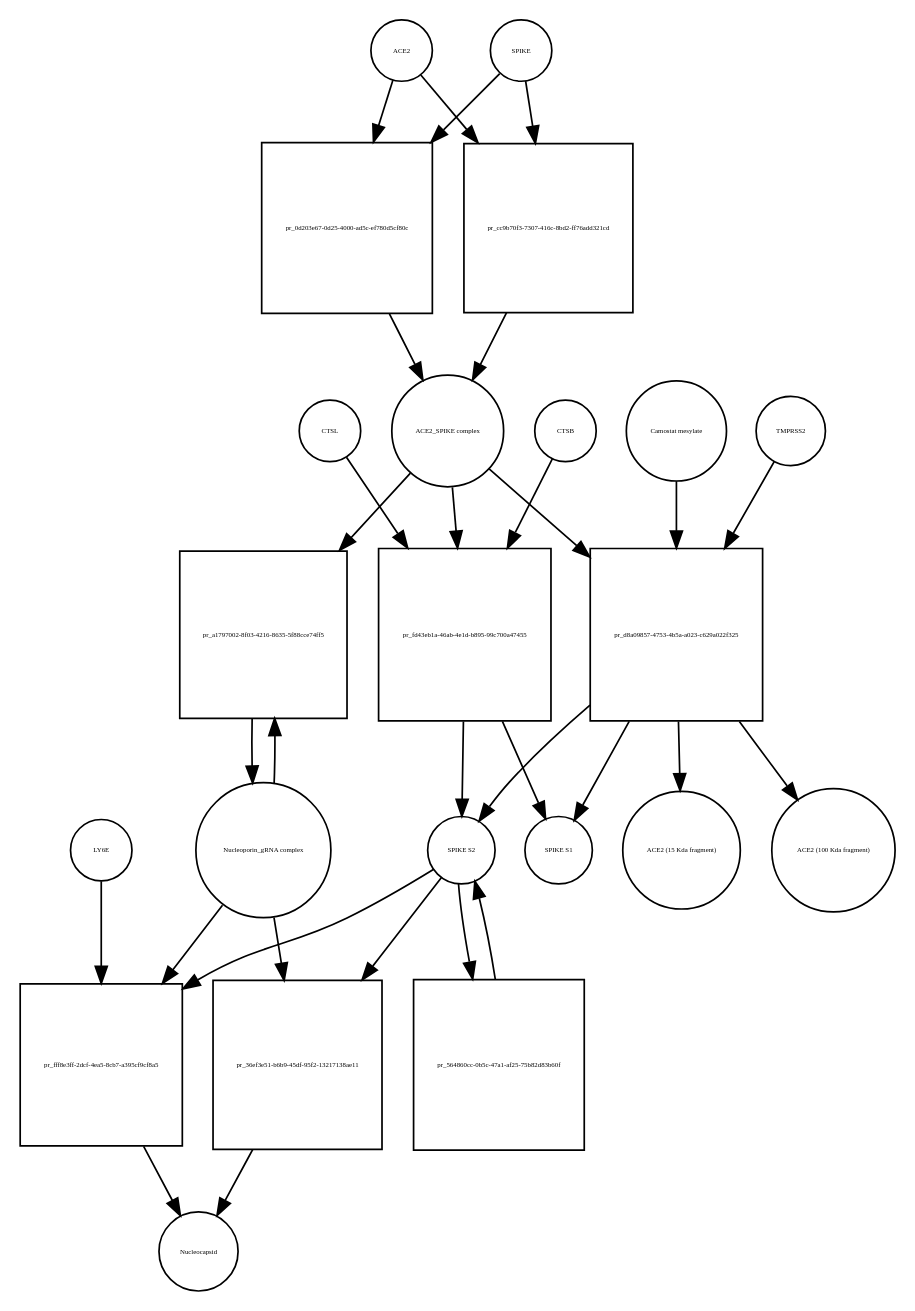
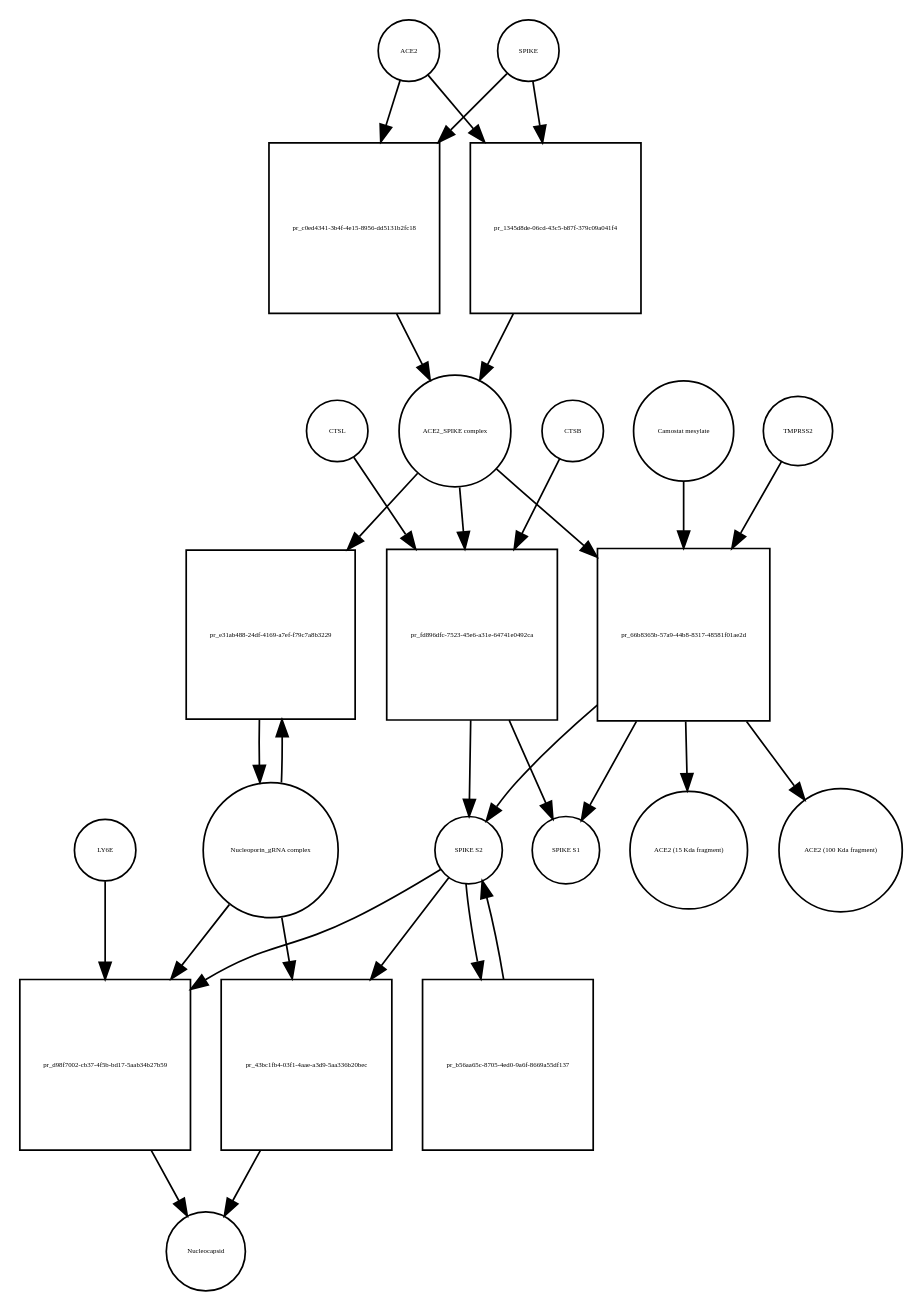
The diagram in Virus_replication_cycle_V02.xml_bipartite.dot (cannin/covid19-sbgn), drawn with Graphviz before and after one commit. The commit also changed 564 other files, not shown here.

```diff
--- a/Virus_replication_cycle_V02.xml_bipartite.dot
+++ b/Virus_replication_cycle_V02.xml_bipartite.dot
@@ -1,54 +1,54 @@
 strict digraph  {
 ACE2 [annotation="", bipartite=0, cls=macromolecule, fontsize=4, label=ACE2, shape=circle];
-"pr_0d203e67-0d25-4000-ad5c-ef780d5cf80c" [annotation="", bipartite=1, cls=process, fontsize=4, label="pr_0d203e67-0d25-4000-ad5c-ef780d5cf80c", shape=square];
+"pr_c0ed4341-3b4f-4e15-8956-dd5131b2fc18" [annotation="", bipartite=1, cls=process, fontsize=4, label="pr_c0ed4341-3b4f-4e15-8956-dd5131b2fc18", shape=square];
 "ACE2_SPIKE complex" [annotation="", bipartite=0, cls=complex, fontsize=4, label="ACE2_SPIKE complex", shape=circle];
 SPIKE [annotation="", bipartite=0, cls="macromolecule multimer", fontsize=4, label=SPIKE, shape=circle];
 "Nucleoporin_gRNA complex " [annotation="", bipartite=0, cls=complex, fontsize=4, label="Nucleoporin_gRNA complex ", shape=circle];
-"pr_a1797002-8f03-4216-8635-5f88cce74ff5" [annotation="", bipartite=1, cls=process, fontsize=4, label="pr_a1797002-8f03-4216-8635-5f88cce74ff5", shape=square];
-"pr_fd43eb1a-46ab-4e1d-b895-99c700a47455" [annotation="", bipartite=1, cls=process, fontsize=4, label="pr_fd43eb1a-46ab-4e1d-b895-99c700a47455", shape=square];
+"pr_e31ab488-24df-4169-a7ef-f79c7a8b3229" [annotation="", bipartite=1, cls=process, fontsize=4, label="pr_e31ab488-24df-4169-a7ef-f79c7a8b3229", shape=square];
+"pr_fd896dfc-7523-45e6-a31e-64741e0492ca" [annotation="", bipartite=1, cls=process, fontsize=4, label="pr_fd896dfc-7523-45e6-a31e-64741e0492ca", shape=square];
 "SPIKE S2" [annotation="", bipartite=0, cls=macromolecule, fontsize=4, label="SPIKE S2", shape=circle];
 CTSB [annotation="", bipartite=0, cls=macromolecule, fontsize=4, label=CTSB, shape=circle];
 CTSL [annotation="", bipartite=0, cls=macromolecule, fontsize=4, label=CTSL, shape=circle];
 "SPIKE S1" [annotation="", bipartite=0, cls=macromolecule, fontsize=4, label="SPIKE S1", shape=circle];
-"pr_d8a09857-4753-4b5a-a023-c629a022f325" [annotation="", bipartite=1, cls=process, fontsize=4, label="pr_d8a09857-4753-4b5a-a023-c629a022f325", shape=square];
+"pr_66b8365b-57a9-44b8-8317-48581f01ae2d" [annotation="", bipartite=1, cls=process, fontsize=4, label="pr_66b8365b-57a9-44b8-8317-48581f01ae2d", shape=square];
 TMPRSS2 [annotation="", bipartite=0, cls=macromolecule, fontsize=4, label=TMPRSS2, shape=circle];
 "Camostat mesylate" [annotation="urn_miriam_pubchem.compound_2536", bipartite=0, cls="simple chemical", fontsize=4, label="Camostat mesylate", shape=circle];
 "ACE2 (15 Kda fragment)" [annotation="", bipartite=0, cls=macromolecule, fontsize=4, label="ACE2 (15 Kda fragment)", shape=circle];
 "ACE2 (100 Kda fragment)" [annotation="", bipartite=0, cls=macromolecule, fontsize=4, label="ACE2 (100 Kda fragment)", shape=circle];
-"pr_cc9b70f3-7307-416c-8bd2-ff76add321cd" [annotation="", bipartite=1, cls=process, fontsize=4, label="pr_cc9b70f3-7307-416c-8bd2-ff76add321cd", shape=square];
-"pr_fff8e3ff-2dcf-4ea5-8cb7-a395cf9cf8a5" [annotation="", bipartite=1, cls=process, fontsize=4, label="pr_fff8e3ff-2dcf-4ea5-8cb7-a395cf9cf8a5", shape=square];
+"pr_1345d8de-06cd-43c5-b87f-379c09a041f4" [annotation="", bipartite=1, cls=process, fontsize=4, label="pr_1345d8de-06cd-43c5-b87f-379c09a041f4", shape=square];
+"pr_d98f7002-cb37-4f5b-bd17-5aab34b27b59" [annotation="", bipartite=1, cls=process, fontsize=4, label="pr_d98f7002-cb37-4f5b-bd17-5aab34b27b59", shape=square];
 Nucleocapsid [annotation="", bipartite=0, cls=complex, fontsize=4, label=Nucleocapsid, shape=circle];
 LY6E [annotation="", bipartite=0, cls=macromolecule, fontsize=4, label=LY6E, shape=circle];
-"pr_564860cc-0b5c-47a1-af25-75b82d83b60f" [annotation="", bipartite=1, cls=process, fontsize=4, label="pr_564860cc-0b5c-47a1-af25-75b82d83b60f", shape=square];
-"pr_36ef3e51-b6b9-45df-95f2-13217138ae11" [annotation="", bipartite=1, cls=process, fontsize=4, label="pr_36ef3e51-b6b9-45df-95f2-13217138ae11", shape=square];
-ACE2 -> "pr_0d203e67-0d25-4000-ad5c-ef780d5cf80c"  [annotation="", interaction_type=consumption];
-ACE2 -> "pr_cc9b70f3-7307-416c-8bd2-ff76add321cd"  [annotation="", interaction_type=consumption];
-"pr_0d203e67-0d25-4000-ad5c-ef780d5cf80c" -> "ACE2_SPIKE complex"  [annotation="", interaction_type=production];
-"ACE2_SPIKE complex" -> "pr_a1797002-8f03-4216-8635-5f88cce74ff5"  [annotation="urn_miriam_pubmed_32142651|urn_miriam_pubmed_32094589", interaction_type=stimulation];
-"ACE2_SPIKE complex" -> "pr_fd43eb1a-46ab-4e1d-b895-99c700a47455"  [annotation="", interaction_type=consumption];
-"ACE2_SPIKE complex" -> "pr_d8a09857-4753-4b5a-a023-c629a022f325"  [annotation="", interaction_type=consumption];
-SPIKE -> "pr_0d203e67-0d25-4000-ad5c-ef780d5cf80c"  [annotation="", interaction_type=consumption];
-SPIKE -> "pr_cc9b70f3-7307-416c-8bd2-ff76add321cd"  [annotation="", interaction_type=consumption];
-"Nucleoporin_gRNA complex " -> "pr_a1797002-8f03-4216-8635-5f88cce74ff5"  [annotation="", interaction_type=consumption];
-"Nucleoporin_gRNA complex " -> "pr_fff8e3ff-2dcf-4ea5-8cb7-a395cf9cf8a5"  [annotation="", interaction_type=consumption];
-"Nucleoporin_gRNA complex " -> "pr_36ef3e51-b6b9-45df-95f2-13217138ae11"  [annotation="", interaction_type=consumption];
-"pr_a1797002-8f03-4216-8635-5f88cce74ff5" -> "Nucleoporin_gRNA complex "  [annotation="", interaction_type=production];
-"pr_fd43eb1a-46ab-4e1d-b895-99c700a47455" -> "SPIKE S2"  [annotation="", interaction_type=production];
-"pr_fd43eb1a-46ab-4e1d-b895-99c700a47455" -> "SPIKE S1"  [annotation="", interaction_type=production];
-"SPIKE S2" -> "pr_fff8e3ff-2dcf-4ea5-8cb7-a395cf9cf8a5"  [annotation="urn_miriam_doi_10.1101%2F2020.03.05.979260|urn_miriam_doi_10.1101%2F2020.04.02.021469", interaction_type=stimulation];
-"SPIKE S2" -> "pr_564860cc-0b5c-47a1-af25-75b82d83b60f"  [annotation="", interaction_type=consumption];
-"SPIKE S2" -> "pr_36ef3e51-b6b9-45df-95f2-13217138ae11"  [annotation="", interaction_type=stimulation];
-CTSB -> "pr_fd43eb1a-46ab-4e1d-b895-99c700a47455"  [annotation=urn_miriam_pubmed_32142651, interaction_type=catalysis];
-CTSL -> "pr_fd43eb1a-46ab-4e1d-b895-99c700a47455"  [annotation=urn_miriam_pubmed_32142651, interaction_type=catalysis];
-"pr_d8a09857-4753-4b5a-a023-c629a022f325" -> "SPIKE S2"  [annotation="", interaction_type=production];
-"pr_d8a09857-4753-4b5a-a023-c629a022f325" -> "SPIKE S1"  [annotation="", interaction_type=production];
-"pr_d8a09857-4753-4b5a-a023-c629a022f325" -> "ACE2 (15 Kda fragment)"  [annotation="", interaction_type=production];
-"pr_d8a09857-4753-4b5a-a023-c629a022f325" -> "ACE2 (100 Kda fragment)"  [annotation="", interaction_type=production];
-TMPRSS2 -> "pr_d8a09857-4753-4b5a-a023-c629a022f325"  [annotation="urn_miriam_pubmed_32142651|urn_miriam_pubmed_32094589|urn_miriam_pubmed_24227843", interaction_type=catalysis];
-"Camostat mesylate" -> "pr_d8a09857-4753-4b5a-a023-c629a022f325"  [annotation="urn_miriam_pubmed_32142651|urn_miriam_pubmed_32094589|urn_miriam_pubmed_24227843", interaction_type=inhibition];
-"pr_cc9b70f3-7307-416c-8bd2-ff76add321cd" -> "ACE2_SPIKE complex"  [annotation="", interaction_type=production];
-"pr_fff8e3ff-2dcf-4ea5-8cb7-a395cf9cf8a5" -> Nucleocapsid  [annotation="", interaction_type=production];
-LY6E -> "pr_fff8e3ff-2dcf-4ea5-8cb7-a395cf9cf8a5"  [annotation="urn_miriam_doi_10.1101%2F2020.03.05.979260|urn_miriam_doi_10.1101%2F2020.04.02.021469", interaction_type=inhibition];
-"pr_564860cc-0b5c-47a1-af25-75b82d83b60f" -> "SPIKE S2"  [annotation="", interaction_type=production];
-"pr_36ef3e51-b6b9-45df-95f2-13217138ae11" -> Nucleocapsid  [annotation="", interaction_type=production];
+"pr_b56aa65c-8705-4ed0-9a6f-8669a55df137" [annotation="", bipartite=1, cls=process, fontsize=4, label="pr_b56aa65c-8705-4ed0-9a6f-8669a55df137", shape=square];
+"pr_43bc1fb4-03f1-4aae-a3d9-5aa336b20bec" [annotation="", bipartite=1, cls=process, fontsize=4, label="pr_43bc1fb4-03f1-4aae-a3d9-5aa336b20bec", shape=square];
+ACE2 -> "pr_c0ed4341-3b4f-4e15-8956-dd5131b2fc18"  [annotation="", interaction_type=consumption];
+ACE2 -> "pr_1345d8de-06cd-43c5-b87f-379c09a041f4"  [annotation="", interaction_type=consumption];
+"pr_c0ed4341-3b4f-4e15-8956-dd5131b2fc18" -> "ACE2_SPIKE complex"  [annotation="", interaction_type=production];
+"ACE2_SPIKE complex" -> "pr_e31ab488-24df-4169-a7ef-f79c7a8b3229"  [annotation="urn_miriam_pubmed_32142651|urn_miriam_pubmed_32094589", interaction_type=stimulation];
+"ACE2_SPIKE complex" -> "pr_fd896dfc-7523-45e6-a31e-64741e0492ca"  [annotation="", interaction_type=consumption];
+"ACE2_SPIKE complex" -> "pr_66b8365b-57a9-44b8-8317-48581f01ae2d"  [annotation="", interaction_type=consumption];
+SPIKE -> "pr_c0ed4341-3b4f-4e15-8956-dd5131b2fc18"  [annotation="", interaction_type=consumption];
+SPIKE -> "pr_1345d8de-06cd-43c5-b87f-379c09a041f4"  [annotation="", interaction_type=consumption];
+"Nucleoporin_gRNA complex " -> "pr_e31ab488-24df-4169-a7ef-f79c7a8b3229"  [annotation="", interaction_type=consumption];
+"Nucleoporin_gRNA complex " -> "pr_d98f7002-cb37-4f5b-bd17-5aab34b27b59"  [annotation="", interaction_type=consumption];
+"Nucleoporin_gRNA complex " -> "pr_43bc1fb4-03f1-4aae-a3d9-5aa336b20bec"  [annotation="", interaction_type=consumption];
+"pr_e31ab488-24df-4169-a7ef-f79c7a8b3229" -> "Nucleoporin_gRNA complex "  [annotation="", interaction_type=production];
+"pr_fd896dfc-7523-45e6-a31e-64741e0492ca" -> "SPIKE S2"  [annotation="", interaction_type=production];
+"pr_fd896dfc-7523-45e6-a31e-64741e0492ca" -> "SPIKE S1"  [annotation="", interaction_type=production];
+"SPIKE S2" -> "pr_d98f7002-cb37-4f5b-bd17-5aab34b27b59"  [annotation="urn_miriam_doi_10.1101%2F2020.03.05.979260|urn_miriam_doi_10.1101%2F2020.04.02.021469", interaction_type=stimulation];
+"SPIKE S2" -> "pr_b56aa65c-8705-4ed0-9a6f-8669a55df137"  [annotation="", interaction_type=consumption];
+"SPIKE S2" -> "pr_43bc1fb4-03f1-4aae-a3d9-5aa336b20bec"  [annotation="", interaction_type=stimulation];
+CTSB -> "pr_fd896dfc-7523-45e6-a31e-64741e0492ca"  [annotation=urn_miriam_pubmed_32142651, interaction_type=catalysis];
+CTSL -> "pr_fd896dfc-7523-45e6-a31e-64741e0492ca"  [annotation=urn_miriam_pubmed_32142651, interaction_type=catalysis];
+"pr_66b8365b-57a9-44b8-8317-48581f01ae2d" -> "SPIKE S2"  [annotation="", interaction_type=production];
+"pr_66b8365b-57a9-44b8-8317-48581f01ae2d" -> "SPIKE S1"  [annotation="", interaction_type=production];
+"pr_66b8365b-57a9-44b8-8317-48581f01ae2d" -> "ACE2 (15 Kda fragment)"  [annotation="", interaction_type=production];
+"pr_66b8365b-57a9-44b8-8317-48581f01ae2d" -> "ACE2 (100 Kda fragment)"  [annotation="", interaction_type=production];
+TMPRSS2 -> "pr_66b8365b-57a9-44b8-8317-48581f01ae2d"  [annotation="urn_miriam_pubmed_32142651|urn_miriam_pubmed_32094589|urn_miriam_pubmed_24227843", interaction_type=catalysis];
+"Camostat mesylate" -> "pr_66b8365b-57a9-44b8-8317-48581f01ae2d"  [annotation="urn_miriam_pubmed_32142651|urn_miriam_pubmed_32094589|urn_miriam_pubmed_24227843", interaction_type=inhibition];
+"pr_1345d8de-06cd-43c5-b87f-379c09a041f4" -> "ACE2_SPIKE complex"  [annotation="", interaction_type=production];
+"pr_d98f7002-cb37-4f5b-bd17-5aab34b27b59" -> Nucleocapsid  [annotation="", interaction_type=production];
+LY6E -> "pr_d98f7002-cb37-4f5b-bd17-5aab34b27b59"  [annotation="urn_miriam_doi_10.1101%2F2020.03.05.979260|urn_miriam_doi_10.1101%2F2020.04.02.021469", interaction_type=inhibition];
+"pr_b56aa65c-8705-4ed0-9a6f-8669a55df137" -> "SPIKE S2"  [annotation="", interaction_type=production];
+"pr_43bc1fb4-03f1-4aae-a3d9-5aa336b20bec" -> Nucleocapsid  [annotation="", interaction_type=production];
 }
```
